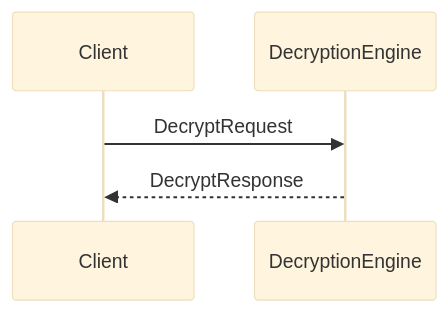
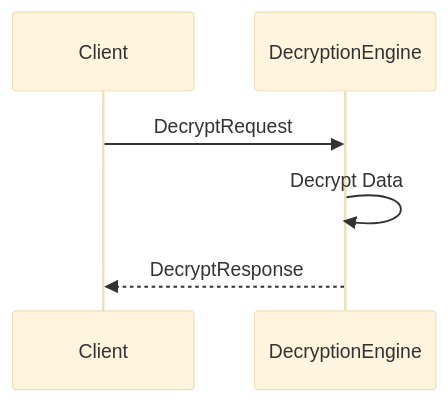
One commit to anoma/nspec changed the diagram in docs/node_architecture/engines/decryption_overview.juvix.md. Above: the diagram before and after it, drawn with Mermaid (base theme). The commit also changed other lines of this file and 31 other files, not shown here.

````diff
--- a/docs/node_architecture/engines/decryption_overview.juvix.md
+++ b/docs/node_architecture/engines/decryption_overview.juvix.md
@@ -79,8 +83,9 @@
 ```mermaid
 sequenceDiagram
     participant Client
     participant DecryptionEngine
 
     Client ->> DecryptionEngine: DecryptRequest
+    DecryptionEngine ->> DecryptionEngine: Decrypt Data
     DecryptionEngine -->> Client: DecryptResponse
 ```
````
